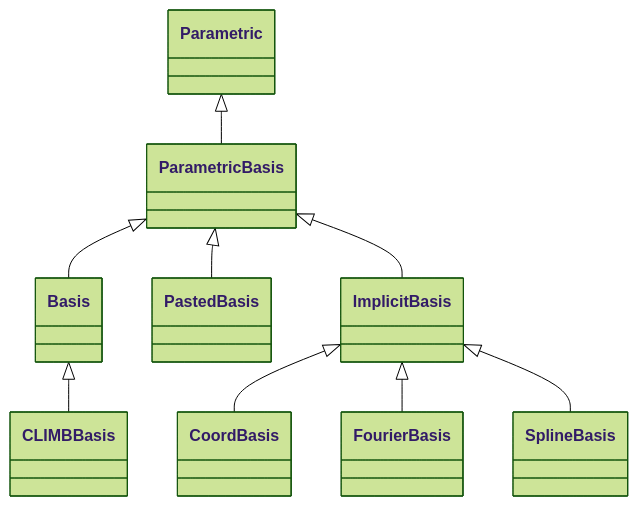
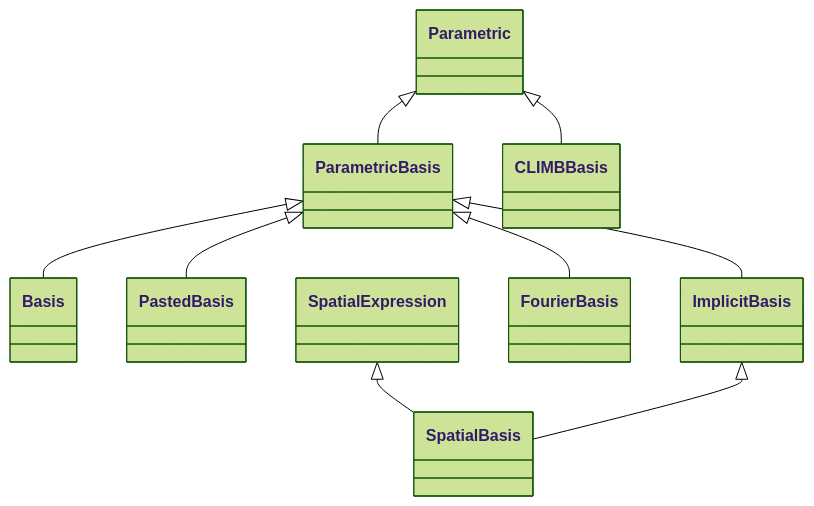
One commit to LouisDesdoigts/dLux changed the fourth of 12 diagrams in docs/API/core/overview.md. Above: the diagram before and after it, drawn with Mermaid (forest theme). The commit also changed other lines of this file and 8 other files, not shown here.

````diff
--- a/docs/API/core/overview.md
+++ b/docs/API/core/overview.md
@@ -89,28 +89,27 @@
 ```mermaid
 classDiagram
     class dLux_parametric_bases_ParametricBasis["ParametricBasis"]
     class dLux_parametric_bases_Basis["Basis"]
     class dLux_parametric_bases_PastedBasis["PastedBasis"]
     class dLux_parametric_bases_ImplicitBasis["ImplicitBasis"]
-    class dLux_parametric_bases_CoordBasis["CoordBasis"]
+    class dLux_parametric_bases_SpatialBasis["SpatialBasis"]
     class dLux_parametric_bases_CLIMBBasis["CLIMBBasis"]
     class dLux_parametric_bases_FourierBasis["FourierBasis"]
-    class dLux_parametric_bases_SplineBasis["SplineBasis"]
     class dLux_parametric_parametrics_Parametric["Parametric"]
+    class dLux_parametric_parametrics_SpatialExpression["SpatialExpression"]
     dLux_parametric_parametrics_Parametric <|-- dLux_parametric_bases_ParametricBasis
-    click dLux_parametric_bases_ParametricBasis href "../bases/#dLux.parametric.bases.ParametricBasis" "Attributes: coeffs, shape · Properties: coefficients, c, alpha · Methods: evaluate_basis(), solve_basis()"
+    click dLux_parametric_bases_ParametricBasis href "../bases/#dLux.parametric.bases.ParametricBasis" "Attributes: coeffs · Methods: solve()"
     dLux_parametric_bases_ParametricBasis <|-- dLux_parametric_bases_Basis
-    click dLux_parametric_bases_Basis href "../bases/#dLux.parametric.bases.Basis" "Attributes: coeffs, shape, basis · Methods: evaluate(), solve_basis()"
+    click dLux_parametric_bases_Basis href "../bases/#dLux.parametric.bases.Basis" "Attributes: coeffs, basis, axes · Methods: evaluate(), solve()"
     dLux_parametric_bases_ParametricBasis <|-- dLux_parametric_bases_PastedBasis
-    click dLux_parametric_bases_PastedBasis href "../bases/#dLux.parametric.bases.PastedBasis" "Attributes: coeffs, shape, basis, spec, method · Methods: evaluate(), solve_basis()"
+    click dLux_parametric_bases_PastedBasis href "../bases/#dLux.parametric.bases.PastedBasis" "Attributes: coeffs, shape, basis, spec, method · Methods: evaluate(), solve()"
     dLux_parametric_bases_ParametricBasis <|-- dLux_parametric_bases_ImplicitBasis
-    click dLux_parametric_bases_ImplicitBasis href "../bases/#dLux.parametric.bases.ImplicitBasis" "Attributes: coeffs, shape · Methods: calculate_basis(), evaluate(), solve_basis()"
-    dLux_parametric_bases_ImplicitBasis <|-- dLux_parametric_bases_CoordBasis
-    click dLux_parametric_bases_CoordBasis href "../bases/#dLux.parametric.bases.CoordBasis" "Attributes: coeffs, shape · Methods: get_coordinates()"
-    dLux_parametric_bases_Basis <|-- dLux_parametric_bases_CLIMBBasis
-    click dLux_parametric_bases_CLIMBBasis href "../bases/#dLux.parametric.bases.CLIMBBasis" "Attributes: coeffs, shape, basis, values, oversample · Methods: evaluate_latent(), evaluate()"
-    dLux_parametric_bases_ImplicitBasis <|-- dLux_parametric_bases_FourierBasis
-    click dLux_parametric_bases_FourierBasis href "../bases/#dLux.parametric.bases.FourierBasis" "Attributes: coeffs, shape, kernels · Methods: calculate_basis(), evaluate(), resize()"
-    dLux_parametric_bases_ImplicitBasis <|-- dLux_parametric_bases_SplineBasis
-    click dLux_parametric_bases_SplineBasis href "../bases/#dLux.parametric.bases.SplineBasis" "Attributes: coeffs, shape, knot_coords, sample_coords, method · Methods: calculate_basis(), evaluate()"
+    click dLux_parametric_bases_ImplicitBasis href "../bases/#dLux.parametric.bases.ImplicitBasis" "Attributes: coeffs, shape · Methods: calculate_basis(), solve()"
+    dLux_parametric_parametrics_SpatialExpression <|-- dLux_parametric_bases_SpatialBasis
+    dLux_parametric_bases_ImplicitBasis <|-- dLux_parametric_bases_SpatialBasis
+    click dLux_parametric_bases_SpatialBasis href "../bases/#dLux.parametric.bases.SpatialBasis" "Attributes: coeffs, shape · Methods: solve()"
+    dLux_parametric_parametrics_Parametric <|-- dLux_parametric_bases_CLIMBBasis
+    click dLux_parametric_bases_CLIMBBasis href "../bases/#dLux.parametric.bases.CLIMBBasis" "Attributes: expansion, values, oversample · Methods: evaluate()"
+    dLux_parametric_bases_ParametricBasis <|-- dLux_parametric_bases_FourierBasis
+    click dLux_parametric_bases_FourierBasis href "../bases/#dLux.parametric.bases.FourierBasis" "Attributes: coeffs, shape, kernels · Methods: calculate_basis(), evaluate(), solve(), resize()"
 ```
````
